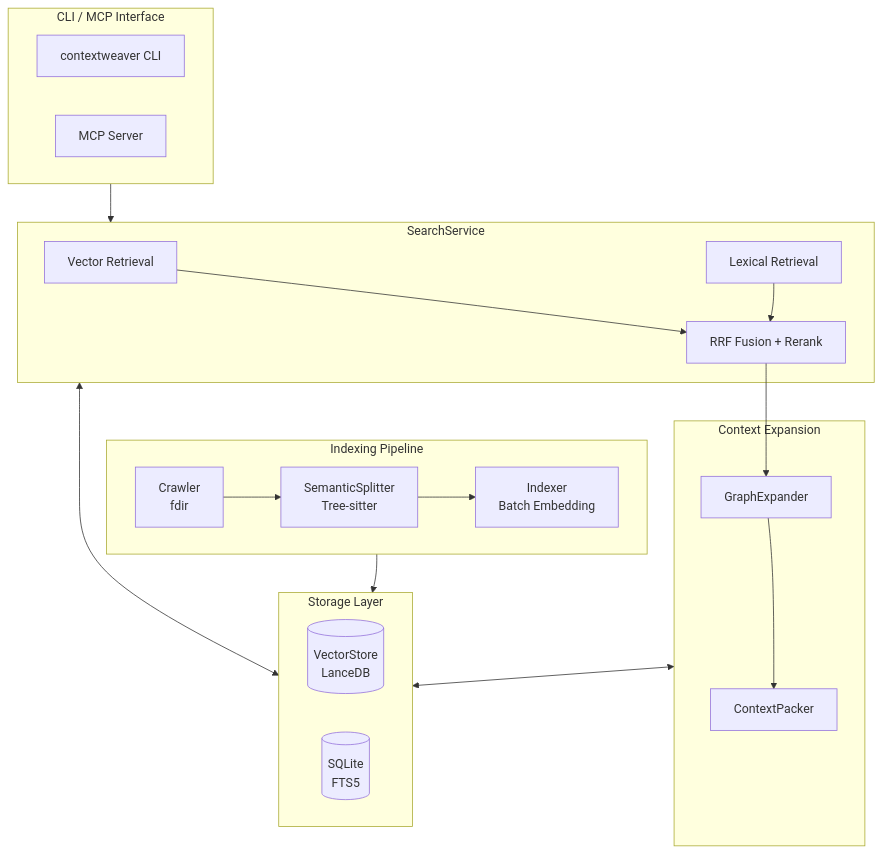
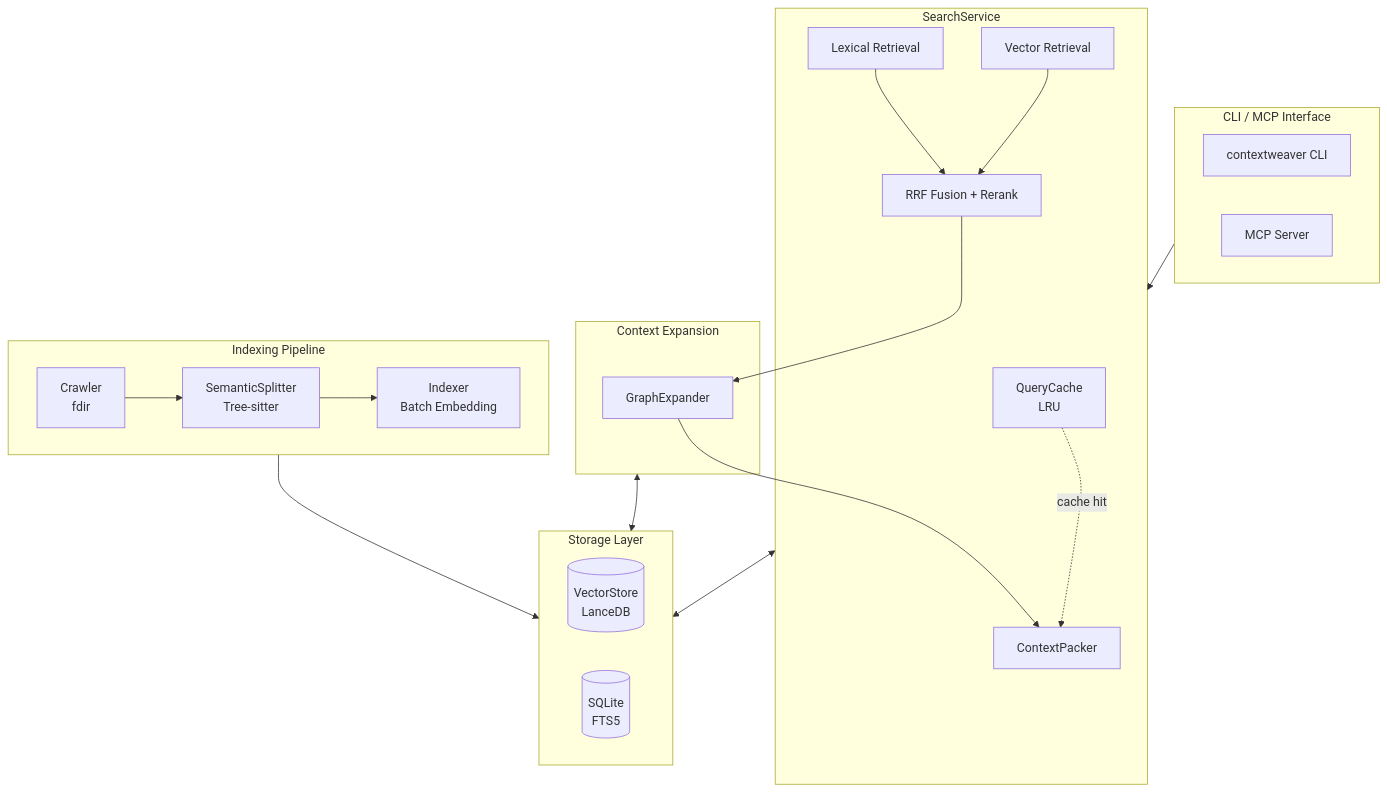
Before and after one commit to wchiway/contextweaver-mcp: the diagram in README.md, drawn with Mermaid. The commit also changed other lines of this file and 1 other file, not shown here.

````diff
--- a/README.md
+++ b/README.md
@@ -182,36 +285,38 @@
 ```mermaid
 flowchart TB
     subgraph Interface["CLI / MCP Interface"]
         CLI[contextweaver CLI]
         MCP[MCP Server]
     end
 
     subgraph Search["SearchService"]
+        QC[QueryCache<br/>LRU]
         VR[Vector Retrieval]
         LR[Lexical Retrieval]
         RRF[RRF Fusion + Rerank]
+        QC -.cache hit.-> CP
         VR --> RRF
         LR --> RRF
     end
 
     subgraph Expand["Context Expansion"]
         GE[GraphExpander]
         CP[ContextPacker]
         GE --> CP
     end
 
     subgraph Storage["Storage Layer"]
         VS[(VectorStore<br/>LanceDB)]
         DB[(SQLite<br/>FTS5)]
     end
 
     subgraph Index["Indexing Pipeline"]
         CR[Crawler<br/>fdir] --> SS[SemanticSplitter<br/>Tree-sitter] --> IX[Indexer<br/>Batch Embedding]
     end
 
     Interface --> Search
     RRF --> GE
     Search <--> Storage
     Expand <--> Storage
     Index --> Storage
 ```
````
